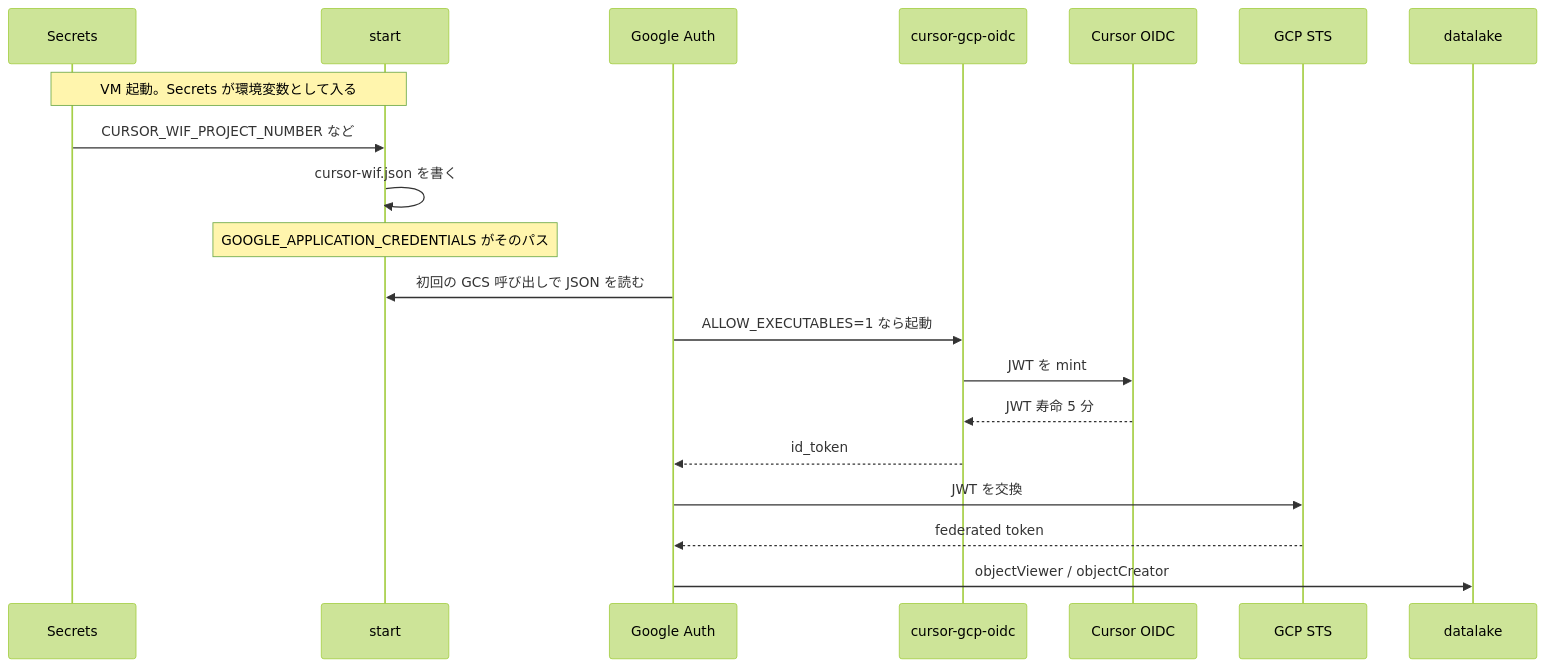
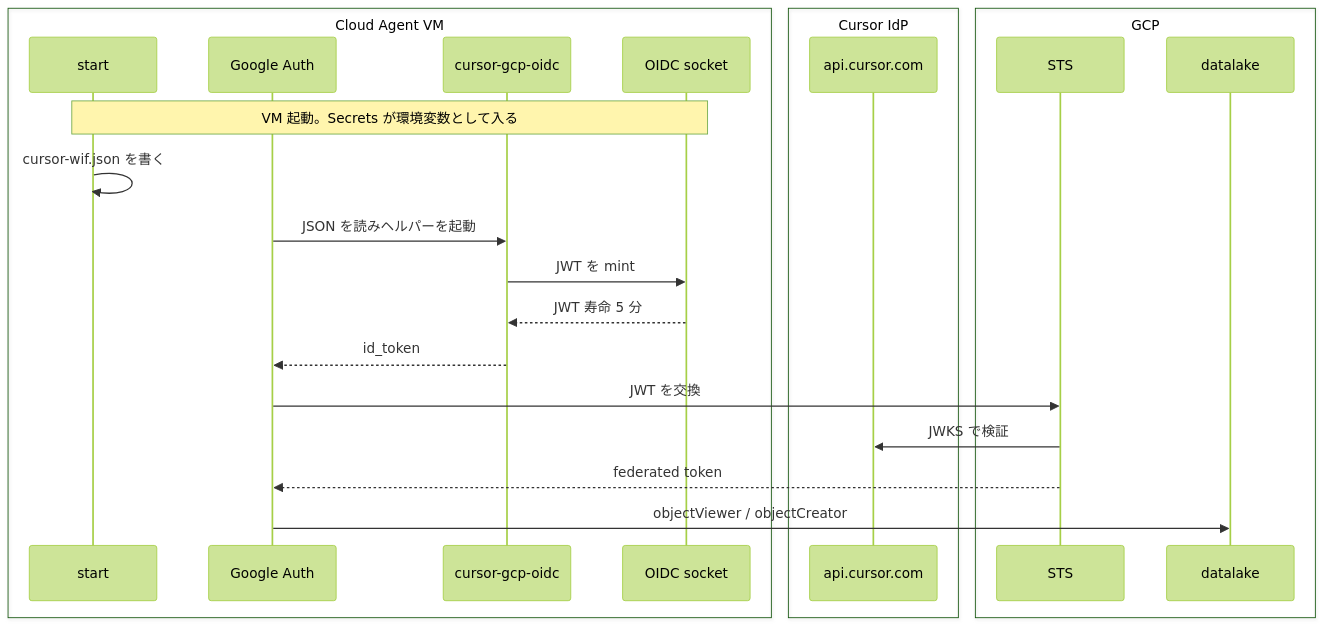
The diagram in docs/runbooks/cursor-cloud-oidc-wif.md (haru-256/devgist), drawn with Mermaid (forest theme) before and after one commit.

Commit message:
docs: group the WIF startup sequence by VM, Cursor IdP, and GCP
Mint stays on the VM unix socket. STS verifies JWKS at
api.cursor.com. GCS is a GCP resource.

````diff
--- a/docs/runbooks/cursor-cloud-oidc-wif.md
+++ b/docs/runbooks/cursor-cloud-oidc-wif.md
@@ -9,23 +9,27 @@
 ```mermaid
 sequenceDiagram
-  participant Secrets as Secrets
-  participant Start as start
-  participant Auth as Google Auth
-  participant Helper as cursor-gcp-oidc
-  participant Socket as Cursor OIDC
-  participant Sts as GCP STS
-  participant Gcs as datalake
+  box Cloud Agent VM
+    participant Start as start
+    participant Auth as Google Auth
+    participant Helper as cursor-gcp-oidc
+    participant Socket as OIDC socket
+  end
+  box Cursor IdP
+    participant Cursor as api.cursor.com
+  end
+  box GCP
+    participant Sts as STS
+    participant Gcs as datalake
+  end
 
-  Note over Secrets,Start: VM 起動。Secrets が環境変数として入る
-  Secrets->>Start: CURSOR_WIF_PROJECT_NUMBER など
+  Note over Start,Socket: VM 起動。Secrets が環境変数として入る
   Start->>Start: cursor-wif.json を書く
-  Note over Start: GOOGLE_APPLICATION_CREDENTIALS がそのパス
-  Auth->>Start: 初回の GCS 呼び出しで JSON を読む
-  Auth->>Helper: ALLOW_EXECUTABLES=1 なら起動
+  Auth->>Helper: JSON を読みヘルパーを起動
   Helper->>Socket: JWT を mint
   Socket-->>Helper: JWT 寿命 5 分
   Helper-->>Auth: id_token
   Auth->>Sts: JWT を交換
+  Sts->>Cursor: JWKS で検証
   Sts-->>Auth: federated token
   Auth->>Gcs: objectViewer / objectCreator
 ```
````
